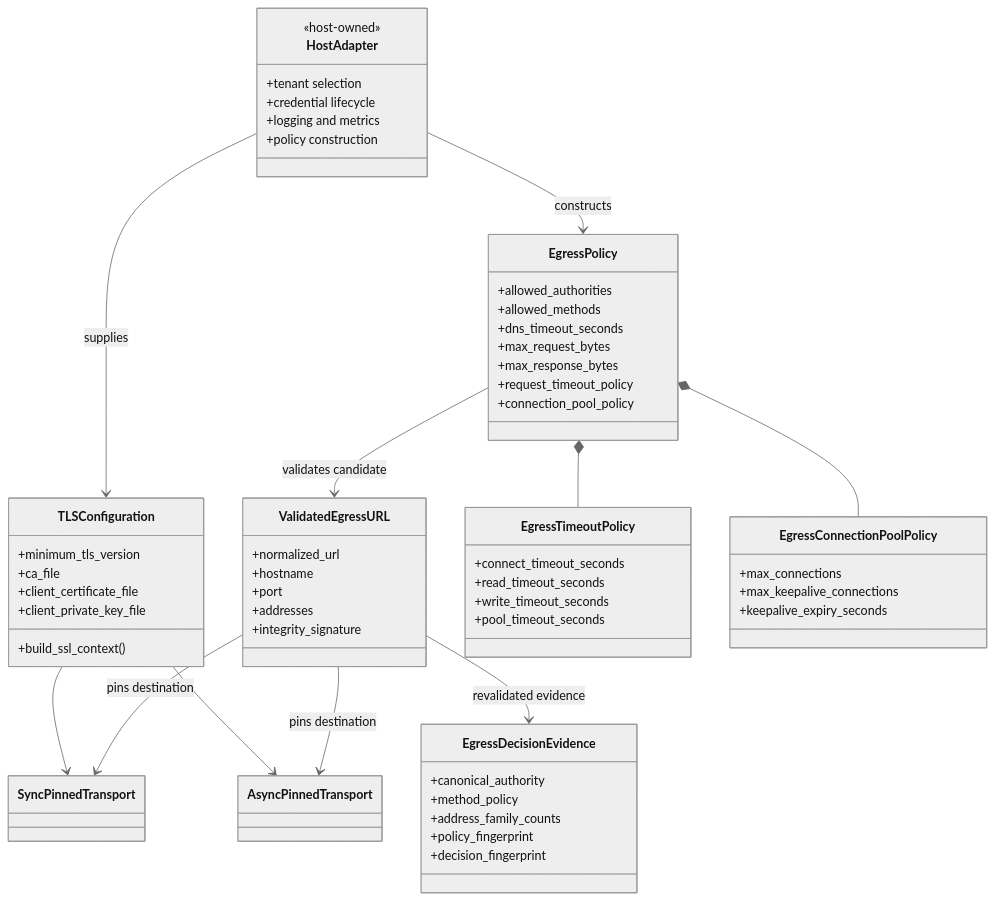
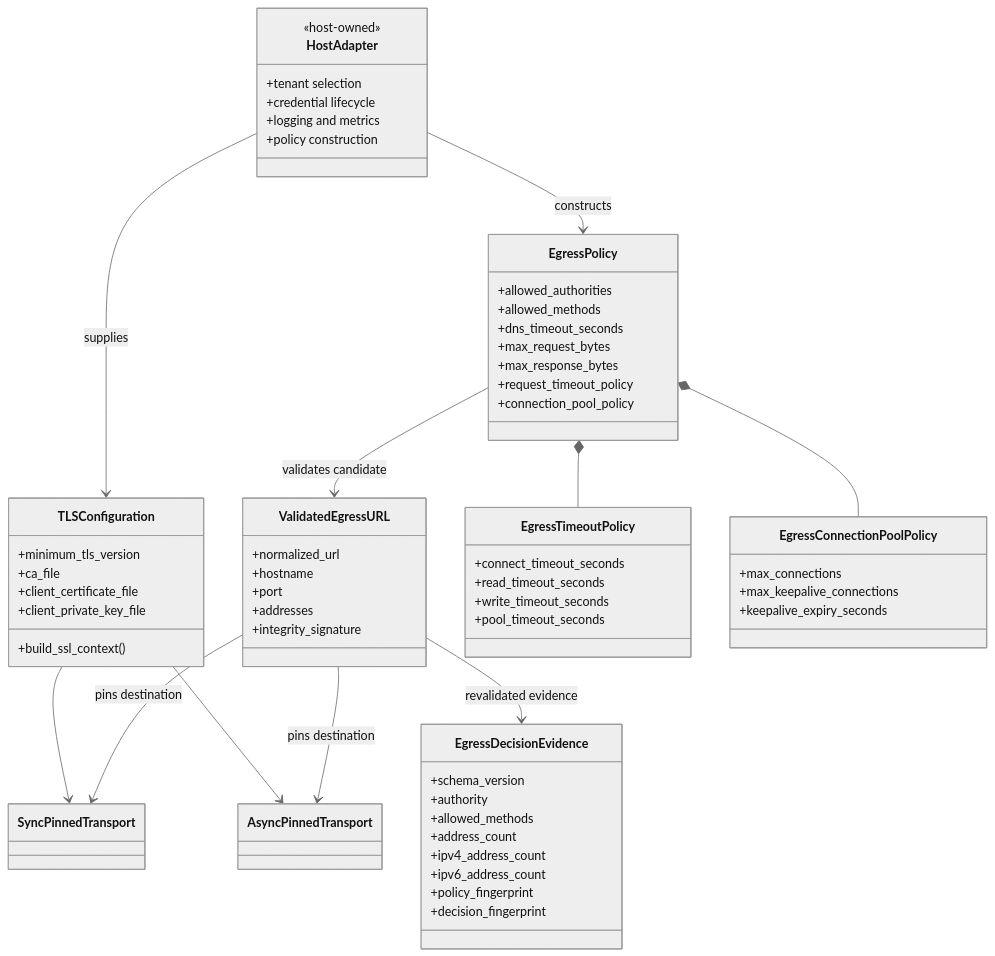
The first of 8 diagrams in docs/architecture/UML.md (ContextualWisdomLab/EgressWeave), drawn with Mermaid (neutral theme) before and after one commit.

Commit message:
docs: align decision-evidence UML with runtime dataclass

````diff
--- a/docs/architecture/UML.md
+++ b/docs/architecture/UML.md
@@ -9,64 +9,67 @@
 ```mermaid
 classDiagram
     class EgressPolicy {
       +allowed_authorities
       +allowed_methods
       +dns_timeout_seconds
       +max_request_bytes
       +max_response_bytes
       +request_timeout_policy
       +connection_pool_policy
     }
     class TLSConfiguration {
       +minimum_tls_version
       +ca_file
       +client_certificate_file
       +client_private_key_file
       +build_ssl_context()
     }
     class ValidatedEgressURL {
       +normalized_url
       +hostname
       +port
       +addresses
       +integrity_signature
     }
     class EgressTimeoutPolicy {
       +connect_timeout_seconds
       +read_timeout_seconds
       +write_timeout_seconds
       +pool_timeout_seconds
     }
     class EgressConnectionPoolPolicy {
       +max_connections
       +max_keepalive_connections
       +keepalive_expiry_seconds
     }
     class EgressDecisionEvidence {
-      +canonical_authority
-      +method_policy
-      +address_family_counts
+      +schema_version
+      +authority
+      +allowed_methods
+      +address_count
+      +ipv4_address_count
+      +ipv6_address_count
       +policy_fingerprint
       +decision_fingerprint
     }
     class SyncPinnedTransport
     class AsyncPinnedTransport
     class HostAdapter {
       <<host-owned>>
       +tenant selection
       +credential lifecycle
       +logging and metrics
       +policy construction
     }
 
     EgressPolicy *-- EgressTimeoutPolicy
     EgressPolicy *-- EgressConnectionPoolPolicy
     TLSConfiguration --> SyncPinnedTransport
     TLSConfiguration --> AsyncPinnedTransport
     EgressPolicy --> ValidatedEgressURL : validates candidate
     ValidatedEgressURL --> SyncPinnedTransport : pins destination
     ValidatedEgressURL --> AsyncPinnedTransport : pins destination
     ValidatedEgressURL --> EgressDecisionEvidence : revalidated evidence
     HostAdapter --> EgressPolicy : constructs
     HostAdapter --> TLSConfiguration : supplies
 ```
````
